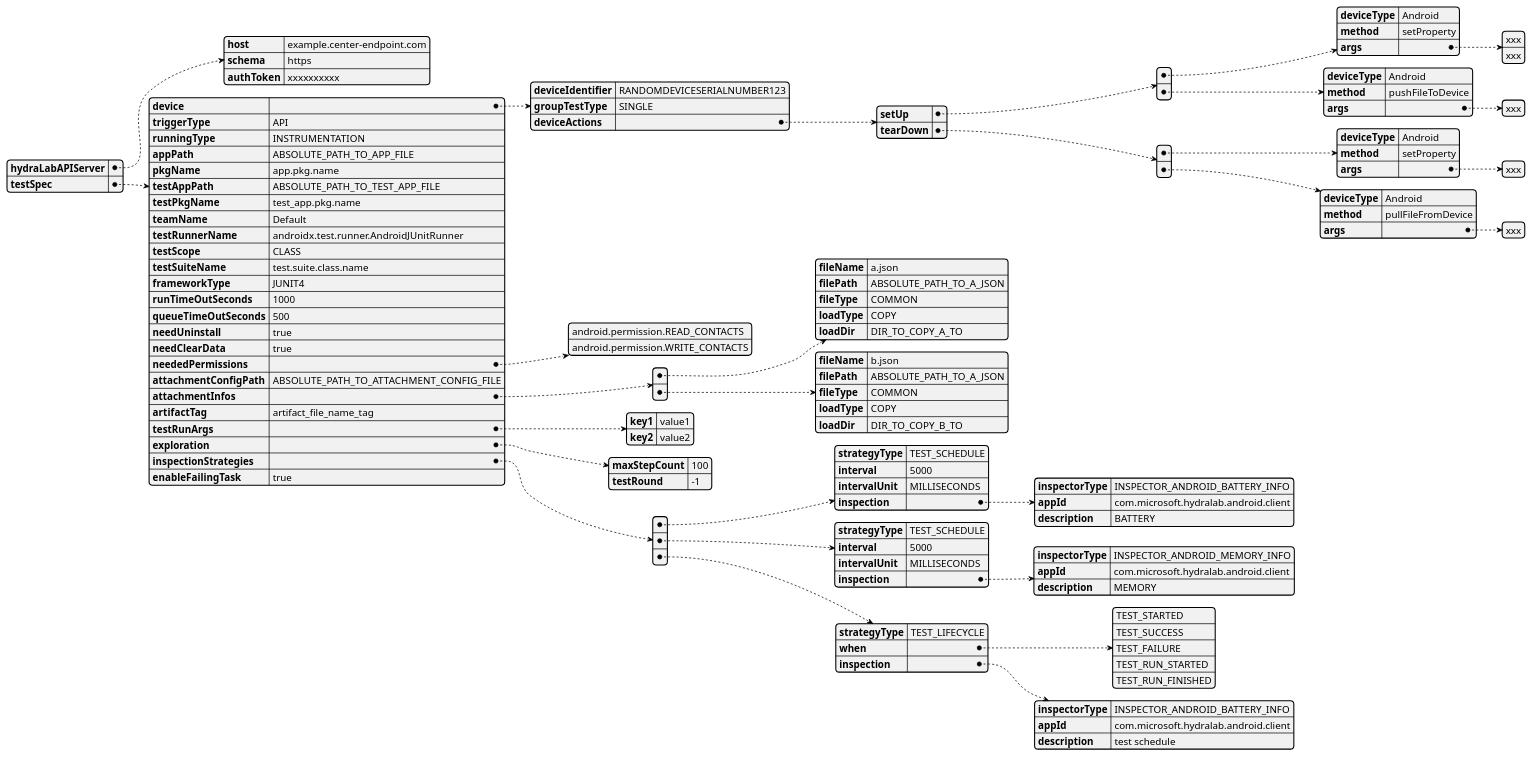
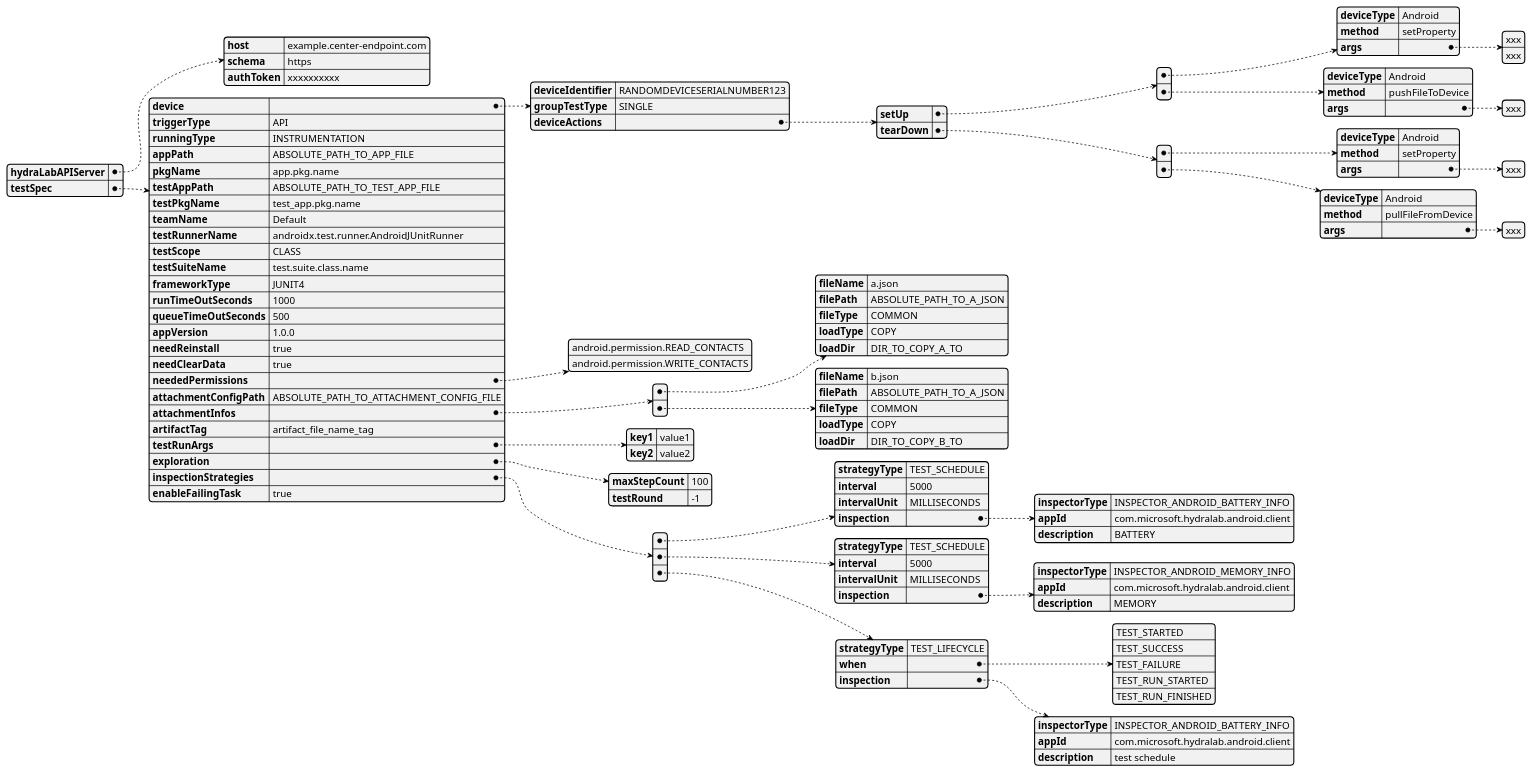
Before and after one commit to microsoft/HydraLab: the diagram in gradle_plugin/doc/UML/gradle_plugin_yaml_config_design.puml, drawn with PlantUML. The commit also changed 6 other files, not shown here.

```diff
--- a/gradle_plugin/doc/UML/gradle_plugin_yaml_config_design.puml
+++ b/gradle_plugin/doc/UML/gradle_plugin_yaml_config_design.puml
@@ -1,95 +1,96 @@
 @startyaml
 hydraLabAPIServer:
     host: example.center-endpoint.com
     schema: https
     authToken: xxxxxxxxxx
 testSpec:
     device:
         deviceIdentifier: RANDOMDEVICESERIALNUMBER123
         groupTestType: SINGLE
         deviceActions:
             setUp:
             - deviceType: Android
               method: setProperty
               args:
                 - xxx
                 - xxx
             - deviceType: Android
               method: pushFileToDevice
               args:
                 - xxx
             tearDown:
             - deviceType: Android
               method: setProperty
               args:
               - xxx
             - deviceType: Android
               method: pullFileFromDevice
               args:
               - xxx
     triggerType: API
     runningType: INSTRUMENTATION
     appPath: ABSOLUTE_PATH_TO_APP_FILE
     pkgName: app.pkg.name
     testAppPath: ABSOLUTE_PATH_TO_TEST_APP_FILE
     testPkgName: test_app.pkg.name
     teamName: Default
     testRunnerName: androidx.test.runner.AndroidJUnitRunner
     testScope: CLASS
     testSuiteName: test.suite.class.name
     frameworkType: JUNIT4
     runTimeOutSeconds: 1000
     queueTimeOutSeconds: 500
-    needUninstall: true
+    appVersion: 1.0.0
+    needReinstall: true
     needClearData: true
     neededPermissions:
         - android.permission.READ_CONTACTS
         - android.permission.WRITE_CONTACTS
     attachmentConfigPath: ABSOLUTE_PATH_TO_ATTACHMENT_CONFIG_FILE
     attachmentInfos:
     - fileName: a.json
       filePath: ABSOLUTE_PATH_TO_A_JSON
       fileType: COMMON
       loadType: COPY
       loadDir: DIR_TO_COPY_A_TO
     - fileName: b.json
       filePath: ABSOLUTE_PATH_TO_A_JSON
       fileType: COMMON
       loadType: COPY
       loadDir: DIR_TO_COPY_B_TO
     artifactTag: artifact_file_name_tag
     testRunArgs:
         key1: value1
         key2: value2
     exploration:
         maxStepCount: 100
         testRound: -1
     inspectionStrategies:
     - strategyType: TEST_SCHEDULE
       interval: 5000
       intervalUnit: MILLISECONDS
       inspection:
         inspectorType: INSPECTOR_ANDROID_BATTERY_INFO
         appId: com.microsoft.hydralab.android.client
         description: BATTERY
     - strategyType: TEST_SCHEDULE
       interval: 5000
       intervalUnit: MILLISECONDS
       inspection:
         inspectorType: INSPECTOR_ANDROID_MEMORY_INFO
         appId: com.microsoft.hydralab.android.client
         description: MEMORY
     - strategyType: TEST_LIFECYCLE
       when:
         - TEST_STARTED
         - TEST_SUCCESS
         - TEST_FAILURE
         - TEST_RUN_STARTED
         - TEST_RUN_FINISHED
       inspection:
         inspectorType: INSPECTOR_ANDROID_BATTERY_INFO
         appId: com.microsoft.hydralab.android.client
         description: test schedule
     enableFailingTask: true
 
 @endyaml
```
